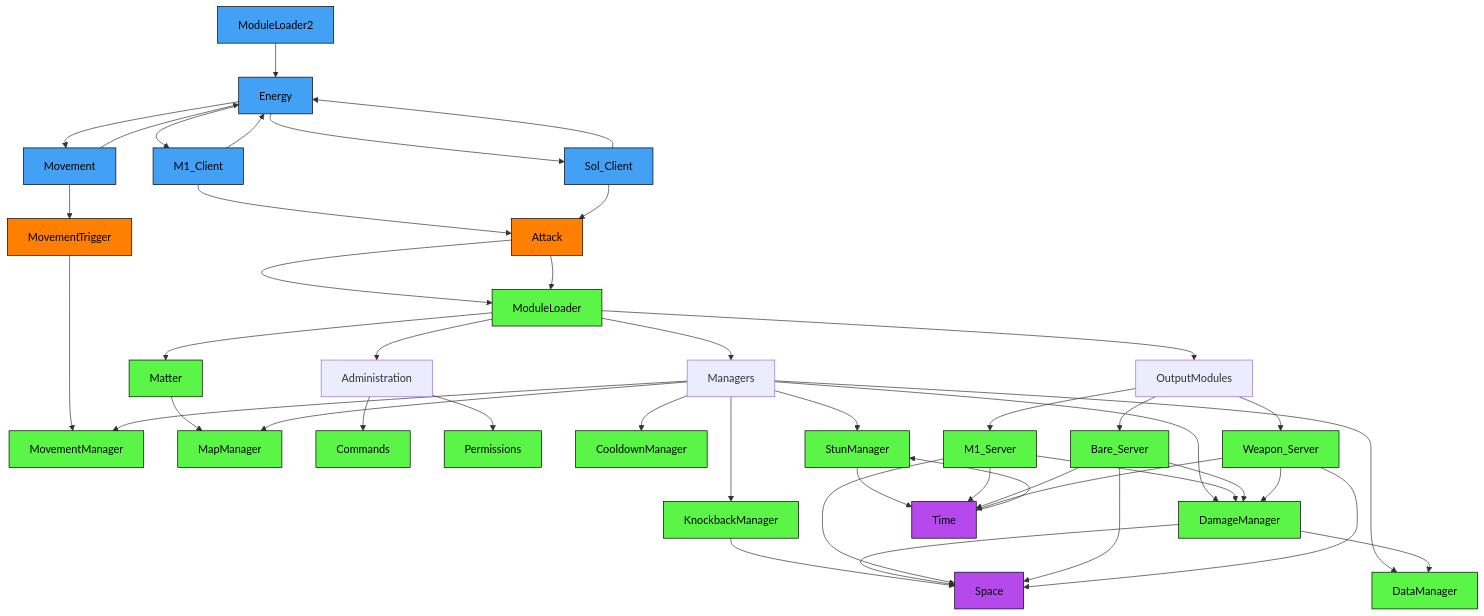
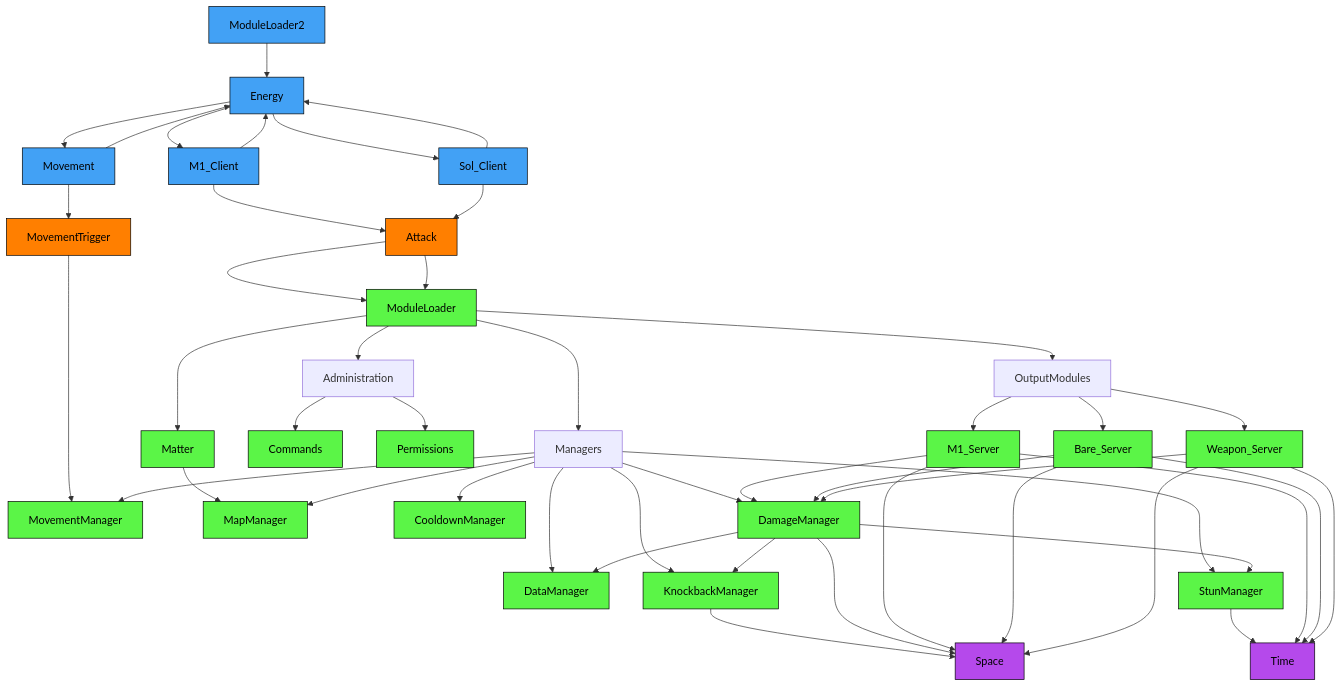
The diagram in README.md (altair5607249/Crusaders-Game), drawn with Mermaid before and after one commit.

````diff
--- a/README.md
+++ b/README.md
@@ -26,46 +26,48 @@
 ```mermaid
 graph TD;
 
   classDef serverNode fill:#5bf547,stroke:#000000,color:#000000
   classDef clientNode fill:#42a1f5,stroke:#000000,color:#000000
   classDef remoteEvent fill:#FF7F00,stroke:#000000,color:#000000
   classDef universalNode fill:#b549eb,stroke:#000000,color:#000000
 
   ModuleLoader2-->Energy;
   Energy-->M1_Client-->Energy;
   Energy-->Sol_Client-->Energy;
   Energy-->Movement-->Energy;
   M1_Client-->Attack-->ModuleLoader;
   Sol_Client-->Attack-->ModuleLoader;
   Movement-->MovementTrigger-->MovementManager;
   ModuleLoader-->Administration;
   ModuleLoader-->Managers;
   ModuleLoader-->OutputModules;
   ModuleLoader-->Matter-->MapManager;
   Administration-->Commands;
   Administration-->Permissions;
   Managers-->CooldownManager;
   Managers-->DamageManager;
   Managers-->DataManager;
   Managers-->KnockbackManager;
   Managers-->MapManager;
   Managers-->MovementManager;
-  Managers-->StunManager-->Time-->StunManager;
+  Managers-->StunManager-->Time;
   OutputModules-->M1_Server-->DamageManager;
   OutputModules-->Bare_Server-->DamageManager;
   OutputModules-->Weapon_Server-->DamageManager;
   KnockbackManager-->Space;
   DamageManager-->Space;
   DamageManager-->DataManager;
+  DamageManager-->KnockbackManager;
+  DamageManager-->StunManager;
   M1_Server-->Time;
   Bare_Server-->Time;
   Weapon_Server-->Time;
   M1_Server-->Space;
   Bare_Server-->Space;
   Weapon_Server-->Space;
 
   class ModuleLoader,M1_Server,Bare_Server,Weapon_Server,MovementManager,Commands,Permissions,CooldownManager,DamageManager,DataManager,KnockbackManager,MapManager,MovementManager,StunManager,Matter serverNode;
   class ModuleLoader2,Energy,M1_Client,Sol_Client,Movement clientNode;
   class Attack,MovementTrigger remoteEvent;
   class Space,Time universalNode;
 ```
````
